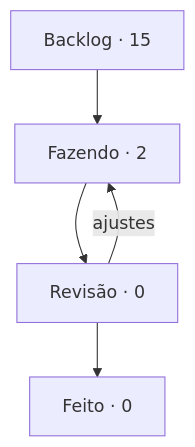
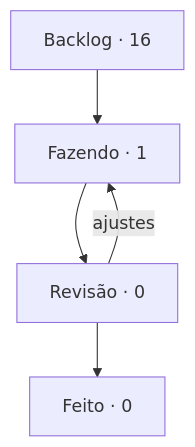
Before and after one commit to StudioVibi/VibiKanban: the diagram in boards/dungeon-bend/BOARD.md, drawn with Mermaid. The commit also changed other lines of this file and 1 other file, not shown here.

Commit message:
board: DB-3 Fazendo → Backlog (@isabellaherman)

````diff
--- a/boards/dungeon-bend/BOARD.md
+++ b/boards/dungeon-bend/BOARD.md
@@ -5,10 +5,10 @@
 ```mermaid
 flowchart TD
-  backlog["Backlog · 15"] --> doing["Fazendo · 2"]
+  backlog["Backlog · 16"] --> doing["Fazendo · 1"]
   doing --> review["Revisão · 0"]
   review --> done["Feito · 0"]
   review -->|ajustes| doing
   doing:::blue
   review:::yellow
   done:::green
 ```
````
